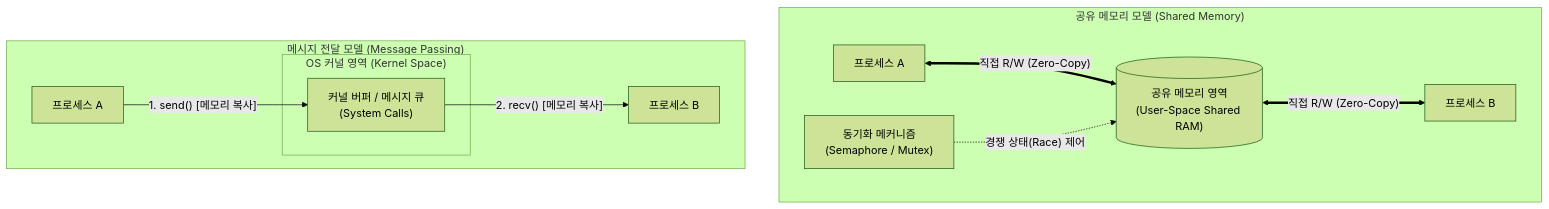
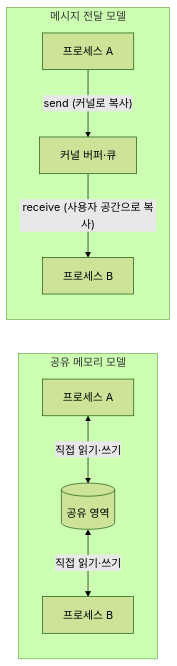
Before and after one commit to supremethumb/supremethumb.github.io: the diagram in content/01_IT Tech/프로세스간 통신.md, drawn with Mermaid (forest theme). The commit also changed other lines of this file and 1087 other files, not shown here.

````diff
--- a/content/01_IT Tech/프로세스간 통신.md
+++ b/content/01_IT Tech/프로세스간 통신.md
@@ -26,27 +35,13 @@
 ```mermaid
-flowchart TD
-    subgraph SHARED_MEM_MODEL["공유 메모리 모델 (Shared Memory)"]
-        direction LR
-        P1["프로세스 A"]
-        SM[("공유 메모리 영역<br/>(User-Space Shared RAM)")]
-        P2["프로세스 B"]
-        SYNC["동기화 메커니즘<br/>(Semaphore / Mutex)"]
-
-        P1 <== "직접 R/W (Zero-Copy)" ==> SM
-        SM <== "직접 R/W (Zero-Copy)" ==> P2
-        SYNC -. "경쟁 상태(Race) 제어" .-> SM
+flowchart LR
+    subgraph SHM["공유 메모리 모델"]
+        direction TB
+        A1["프로세스 A"] <-->|"직접 읽기·쓰기"| M[("공유 영역")]
+        M <-->|"직접 읽기·쓰기"| B1["프로세스 B"]
     end
-
-    subgraph MSG_PASSING_MODEL["메시지 전달 모델 (Message Passing)"]
-        direction LR
-        PA["프로세스 A"]
-        subgraph KERNEL["OS 커널 영역 (Kernel Space)"]
-            MQ["커널 버퍼 / 메시지 큐<br/>(System Calls)"]
-        end
-        PB["프로세스 B"]
-
-        PA -- "1. send() [메모리 복사]" --> MQ
-        MQ -- "2. recv() [메모리 복사]" --> PB
+    subgraph MSG["메시지 전달 모델"]
+        direction TB
+        A2["프로세스 A"] -->|"send (커널로 복사)"| K["커널 버퍼·큐"]
+        K -->|"receive (사용자 공간으로 복사)"| B2["프로세스 B"]
     end
-
 ```
````
